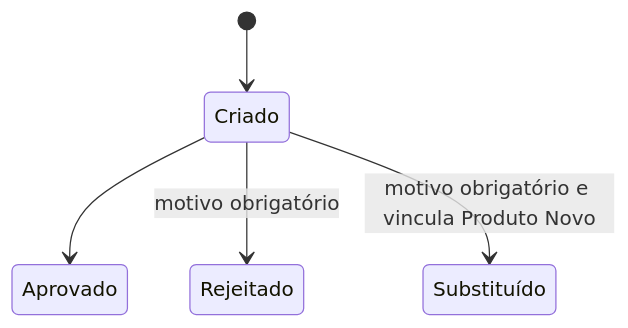
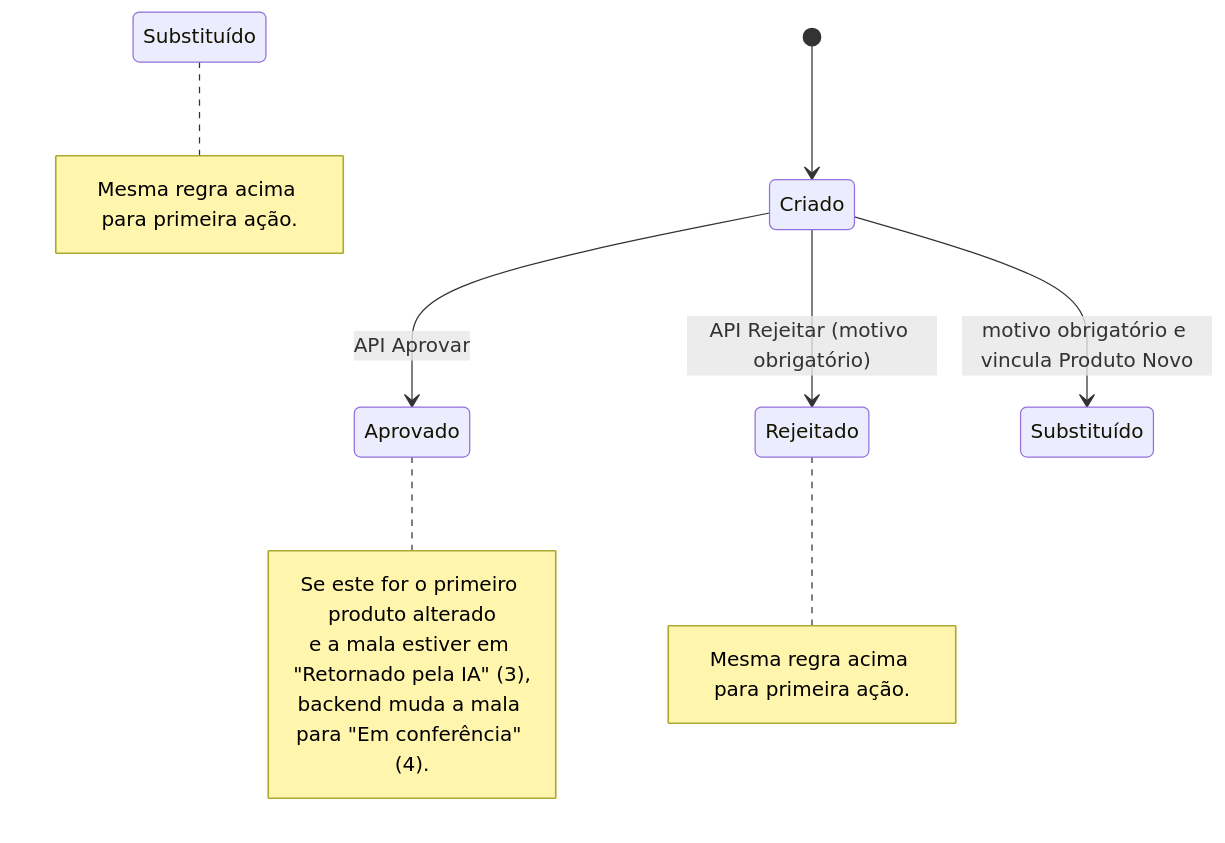
The second of 3 diagrams in api/malinha-sugestao-ia.md (LeonardoNoroWidelab/WD-New-API), drawn with Mermaid before and after one commit. The commit also changed other lines of this file and 1 other file, not shown here.

Commit message:
feat: [Malinha IA] Incluído rota pra aprova produto

````diff
--- a/api/malinha-sugestao-ia.md
+++ b/api/malinha-sugestao-ia.md
@@ -155,7 +162,24 @@
 ```mermaid
 stateDiagram-v2
   [*] --> Criado
-  Criado --> Aprovado
-  Criado --> Rejeitado: motivo obrigatório
+
+  state "Substituído" as Substituido
+
+  Criado --> Aprovado : API Aprovar
+  Criado --> Rejeitado : API Rejeitar (motivo obrigatório)
   Criado --> Substituído: motivo obrigatório e vincula Produto Novo
+
+  note right of Aprovado
+    Se este for o primeiro produto alterado
+    e a mala estiver em "Retornado pela IA" (3),
+    backend muda a mala para "Em conferência" (4).
+  end note
+
+  note right of Rejeitado
+    Mesma regra acima para primeira ação.
+  end note
+
+  note right of Substituido
+    Mesma regra acima para primeira ação.
+  end note
 ```
````
